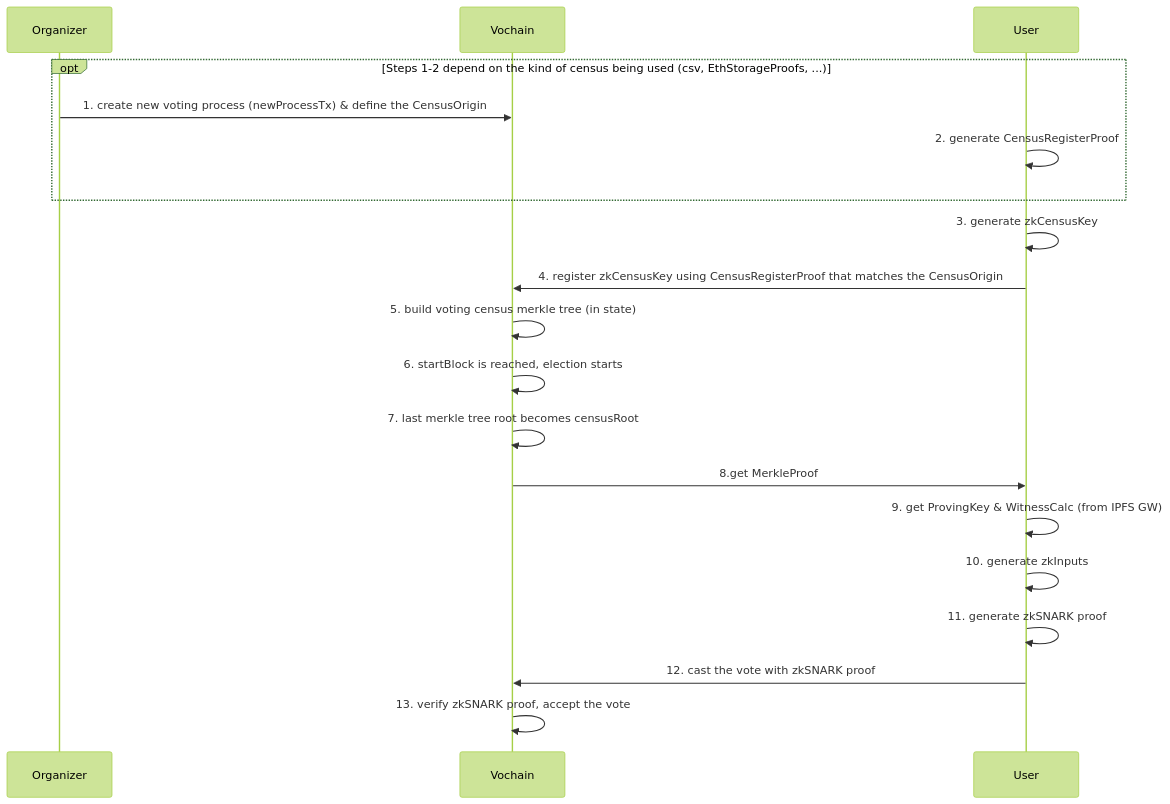
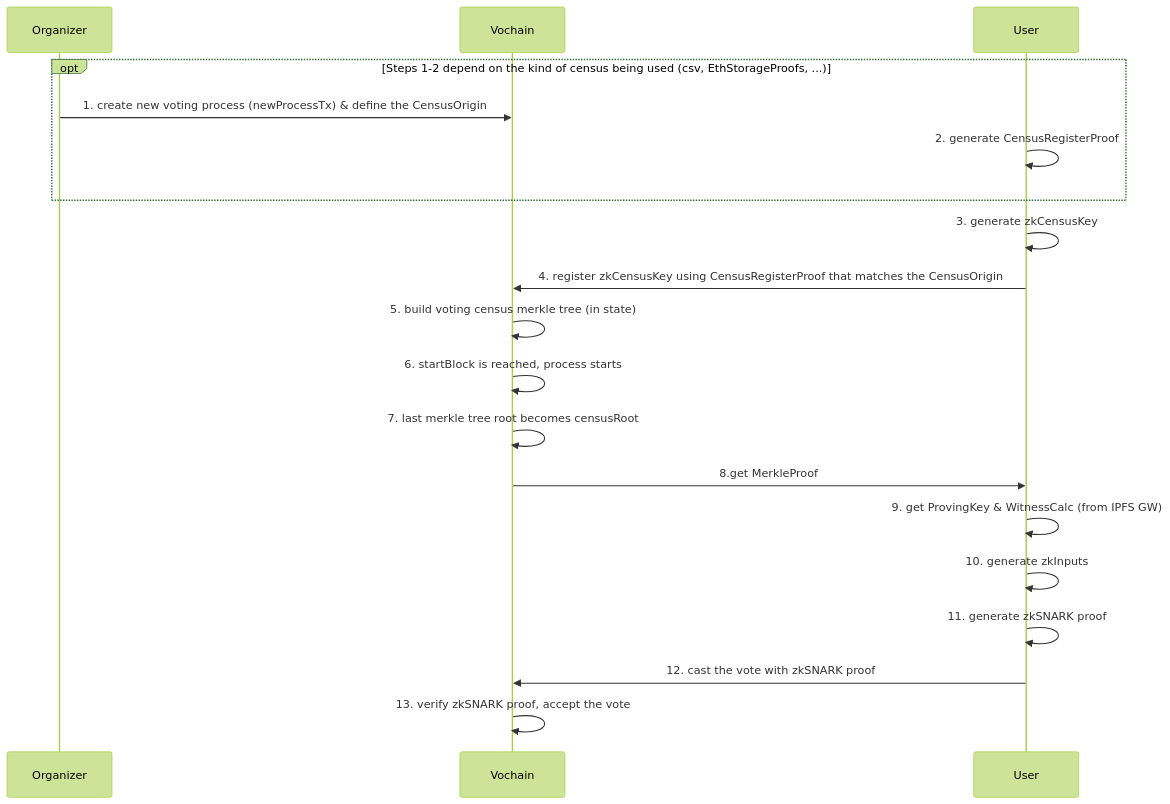
Before and after one commit to vocdoni/docs: the first of 3 diagrams in src/architecture/protocol/anonymous-voting/zk-census-proof.md, drawn with Mermaid. The commit also changed other lines of this file and 1 other file, not shown here.

First line of the commit message:
zk-census-proof: update processID approach (#78)

````diff
--- a/src/architecture/protocol/anonymous-voting/zk-census-proof.md
+++ b/src/architecture/protocol/anonymous-voting/zk-census-proof.md
@@ -66,22 +66,22 @@
 ```mermaid
 %%{init: {'theme':'forest'}}%%
 
 sequenceDiagram
 opt Steps 1-2 depend on the kind of census being used (csv, EthStorageProofs, ...)
   Organizer->>Vochain: 1. create new voting process (newProcessTx) & define the CensusOrigin
   User->>User: 2. generate CensusRegisterProof
 end
 
 User->>User: 3. generate zkCensusKey
 User->>Vochain: 4. register zkCensusKey using CensusRegisterProof that matches the CensusOrigin
 Vochain->>Vochain: 5. build voting census merkle tree (in state)
-Vochain->>Vochain: 6. startBlock is reached, election starts
+Vochain->>Vochain: 6. startBlock is reached, process starts
 Vochain->>Vochain: 7. last merkle tree root becomes censusRoot
 Vochain->>User: 8.get MerkleProof
 # note, next line goes from User->User instead of User->IPFS to avoid spending a full column just for 1 query to IPFS
 User->>User: 9. get ProvingKey & WitnessCalc (from IPFS GW)
 User->>User: 10. generate zkInputs
 User->>User: 11. generate zkSNARK proof
 User->>Vochain: 12. cast the vote with zkSNARK proof
 Vochain->>Vochain: 13. verify zkSNARK proof, accept the vote
 ```
````
